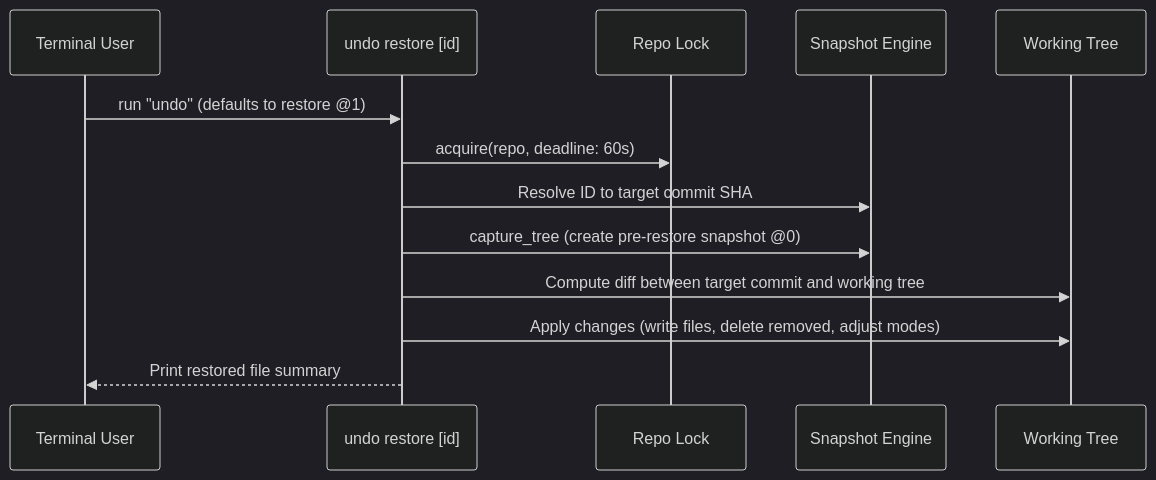
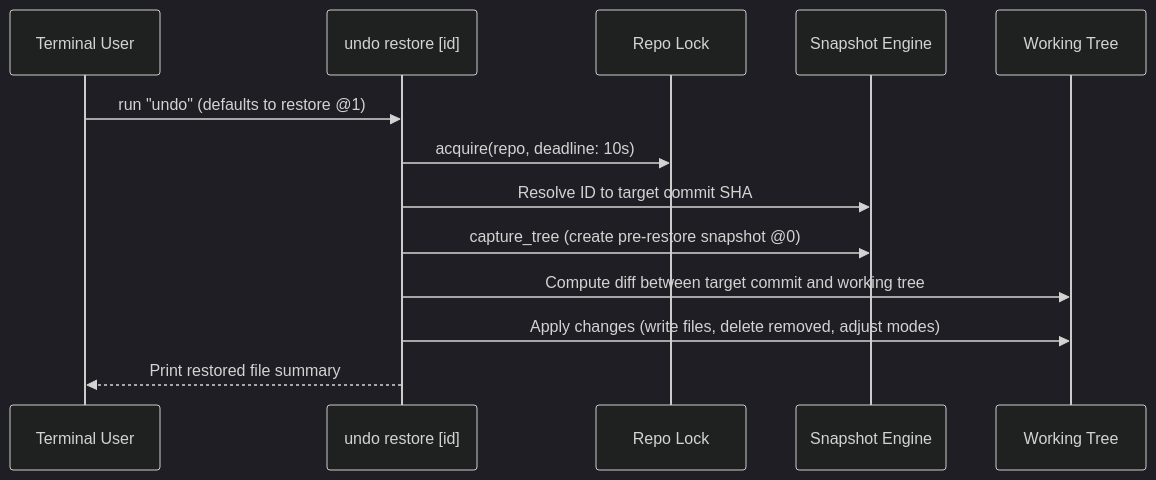
One commit to dpologdvinity/undo changed the second of 2 diagrams in ARCHITECTURE.md. Above: the diagram before and after it, drawn with Mermaid (dark theme). The commit also changed other lines of this file and 6 other files, not shown here.

````diff
--- a/ARCHITECTURE.md
+++ b/ARCHITECTURE.md
@@ -97,16 +97,16 @@
 ```mermaid
 sequenceDiagram
     participant User as Terminal User
     participant Restore as undo restore [id]
     participant Lock as Repo Lock
     participant Snap as Snapshot Engine
     participant Target as Working Tree
 
     User->>Restore: run "undo" (defaults to restore @1)
-    Restore->>Lock: acquire(repo, deadline: 60s)
+    Restore->>Lock: acquire(repo, deadline: 10s)
     Restore->>Snap: Resolve ID to target commit SHA
     Restore->>Snap: capture_tree (create pre-restore snapshot @0)
     Restore->>Target: Compute diff between target commit and working tree
     Restore->>Target: Apply changes (write files, delete removed, adjust modes)
     Restore-->>User: Print restored file summary
 ```
````
